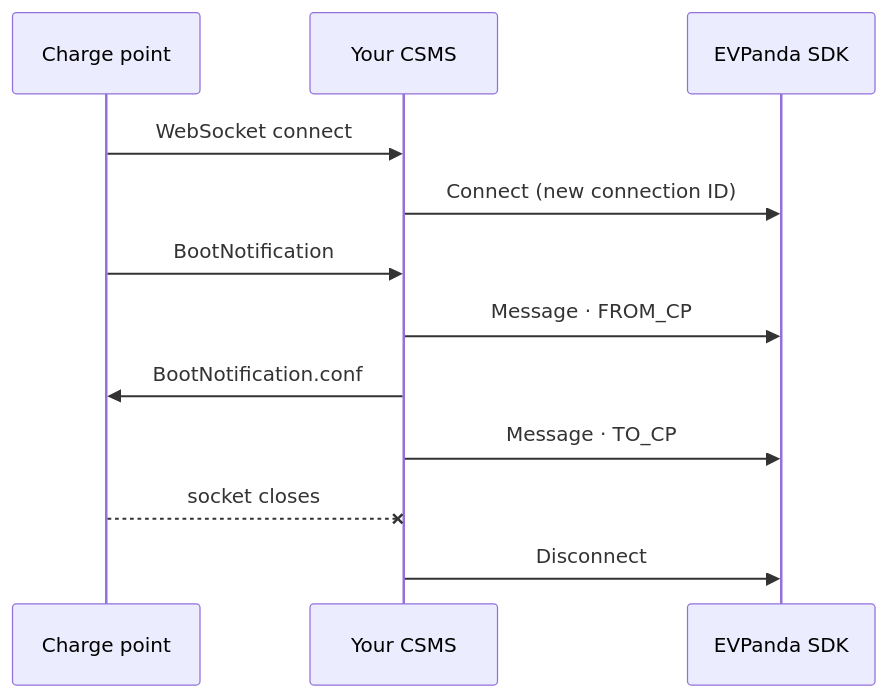
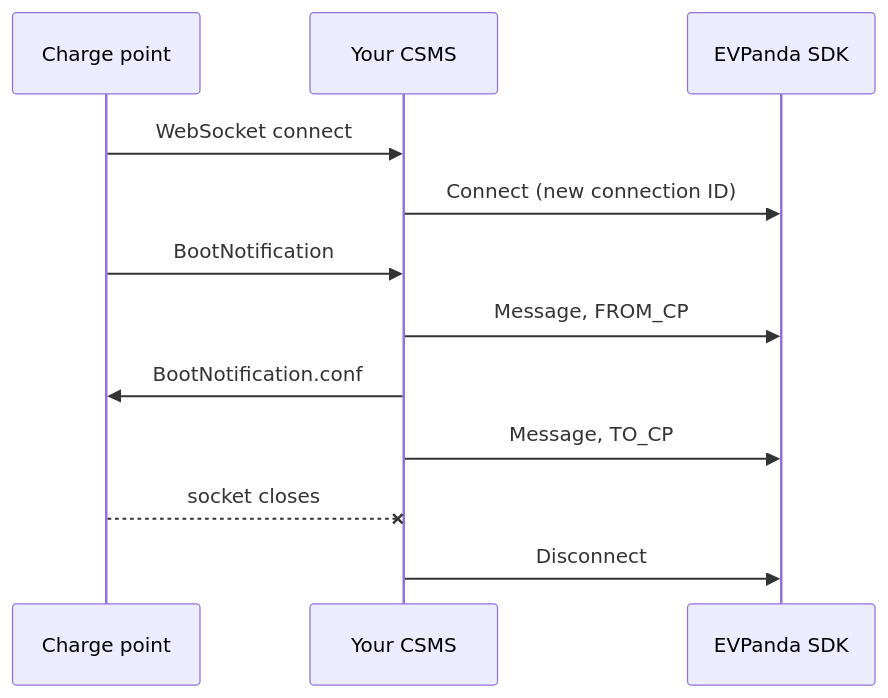
Before and after one commit to evpanda-labs/docs: the first of 2 diagrams in concepts/capture-model.mdx, drawn with Mermaid. The commit also changed other lines of this file and 10 other files, not shown here.

````diff
--- a/concepts/capture-model.mdx
+++ b/concepts/capture-model.mdx
@@ -22,15 +22,15 @@
 ```mermaid
 sequenceDiagram
     participant CP as Charge point
     participant CSMS as Your CSMS
     participant P as EVPanda SDK
 
     CP->>CSMS: WebSocket connect
     CSMS->>P: Connect (new connection ID)
     CP->>CSMS: BootNotification
-    CSMS->>P: Message · FROM_CP
+    CSMS->>P: Message, FROM_CP
     CSMS->>CP: BootNotification.conf
-    CSMS->>P: Message · TO_CP
+    CSMS->>P: Message, TO_CP
     CP--xCSMS: socket closes
     CSMS->>P: Disconnect
 ```
````
